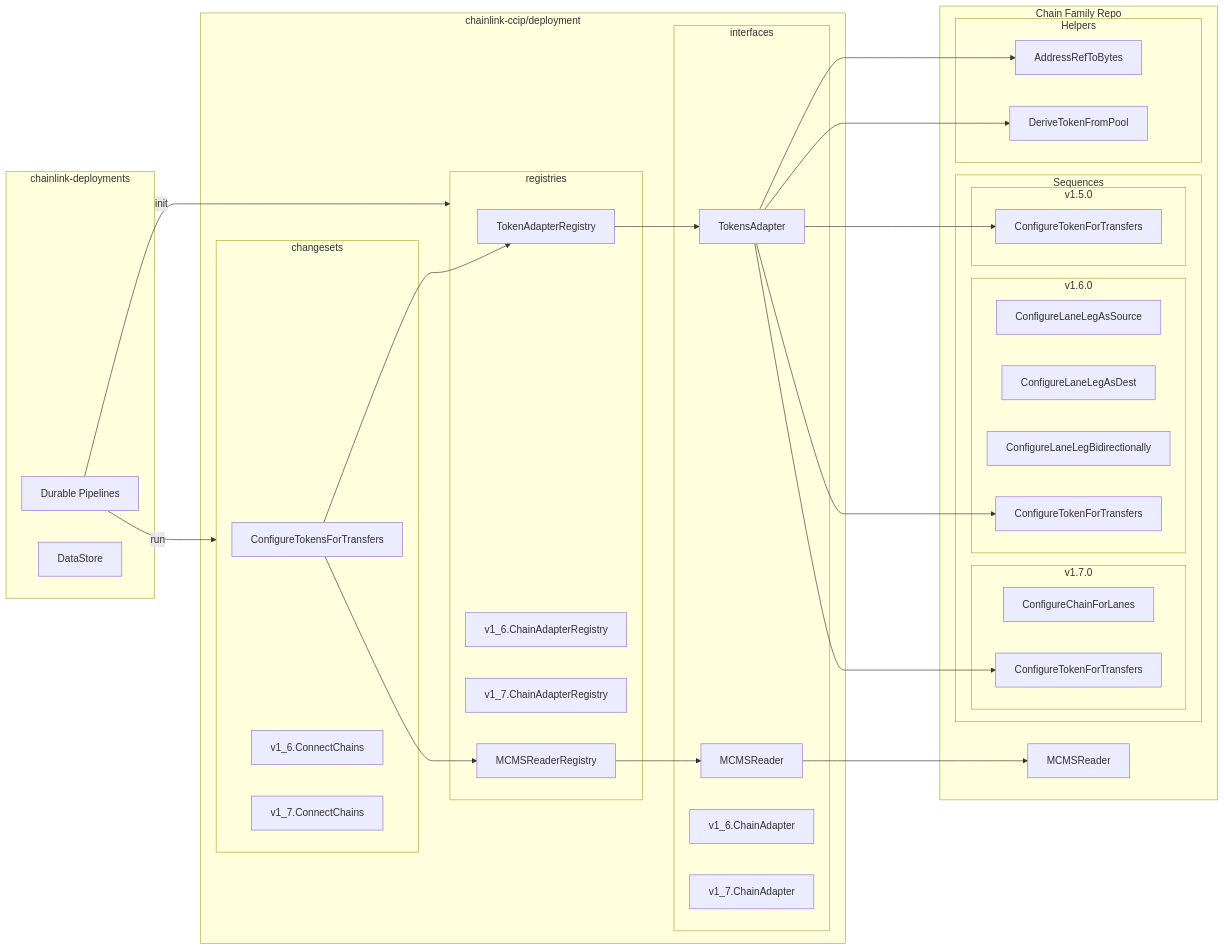
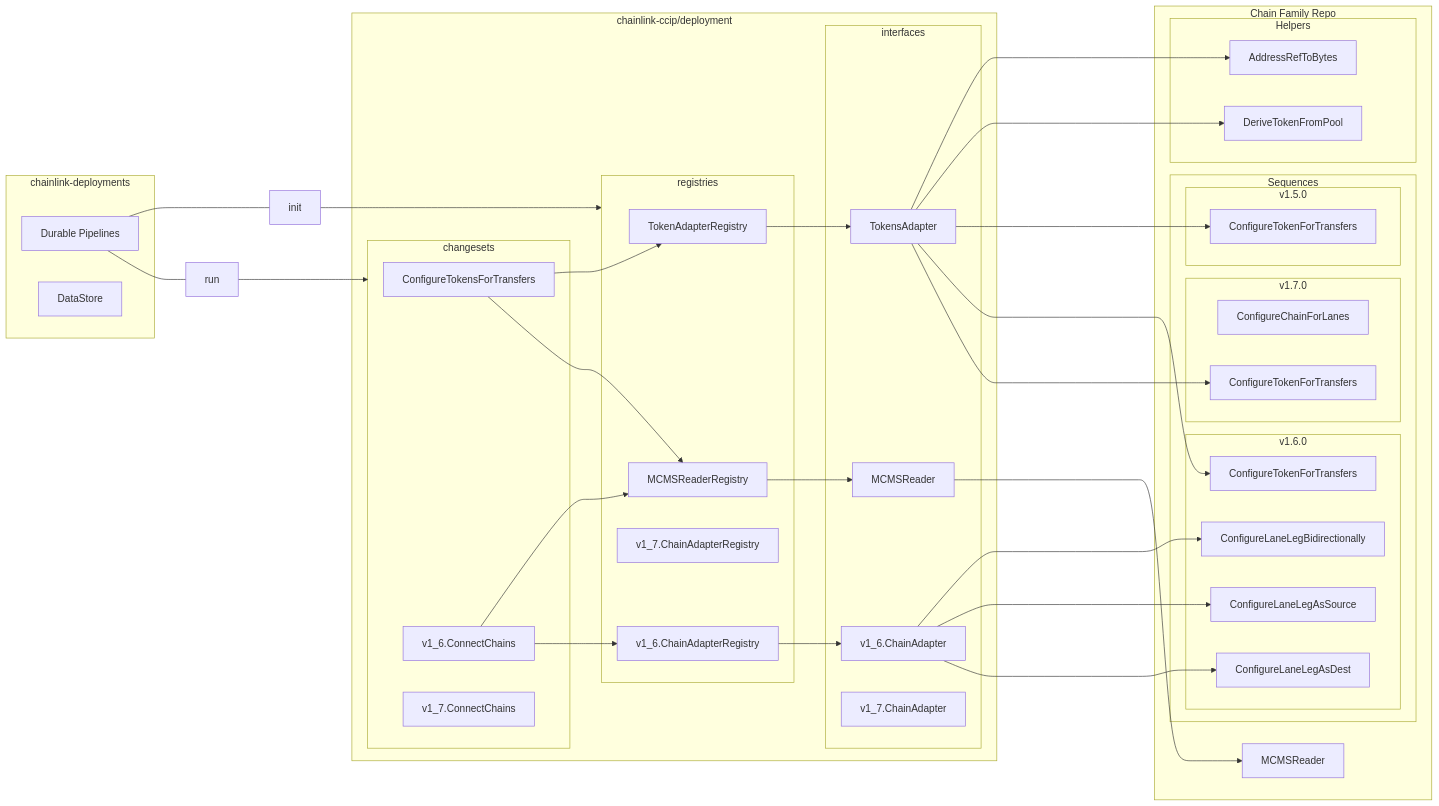
Before and after one commit to smartcontractkit/chainlink-ccip: the diagram in deployment/README.md, drawn with Mermaid. The commit also changed other lines of this file, not shown here.

Commit message:
Add more connections

````diff
--- a/deployment/README.md
+++ b/deployment/README.md
@@ -9,66 +9,72 @@
 ```mermaid
 flowchart LR
     subgraph chainlink-deployments
         dp[Durable Pipelines]
         ds[DataStore]
     end
 
     subgraph Chain Family Repo
         cfmr[MCMSReader]
         subgraph Sequences
             subgraph v1.6.0
                 clls1_6[ConfigureLaneLegAsSource]
                 clld1_6[ConfigureLaneLegAsDest]
                 cllb1_6[ConfigureLaneLegBidirectionally]
                 ctft1_6[ConfigureTokenForTransfers]
             end
             subgraph v1.7.0
                 clls1_7[ConfigureChainForLanes]
                 ctft1_7[ConfigureTokenForTransfers]
             end
             subgraph v1.5.0
                 ctft1_5[ConfigureTokenForTransfers]
             end
         end
         subgraph Helpers
             artb[AddressRefToBytes]
             dtfp[DeriveTokenFromPool]
         end
     end
 
     subgraph chainlink-ccip/deployment
         subgraph changesets
             ctft[ConfigureTokensForTransfers]
             cc1_6[v1_6.ConnectChains]
             cc1_7[v1_7.ConnectChains]
         end
         subgraph interfaces
             mr[MCMSReader]
             ta[TokensAdapter]
             ca1_6[v1_6.ChainAdapter]
             ca1_7[v1_7.ChainAdapter]
         end
         subgraph registries
             tar[TokenAdapterRegistry]
             car1_6[v1_6.ChainAdapterRegistry]
             car1_7[v1_7.ChainAdapterRegistry]
             mrr[MCMSReaderRegistry]
         end
     end
 
     ctft --> tar
     ctft --> mrr
 
     tar --> ta
     mrr --> mr
 
-    ta ----> artb
-    ta ----> dtfp
-    ta ----> ctft1_5
-    ta ----> ctft1_6
-    ta ----> ctft1_7
-    mr ----> cfmr
+    ta --> artb
+    ta --> dtfp
+    ta --> ctft1_5
+    ta --> ctft1_6
+    ta --> ctft1_7
+    mr ------> cfmr
 
-    dp --init--> registries
-    dp --run--> changesets
+    dp ---init---> registries
+    dp ---run---> changesets
+
+    cc1_6 --> mrr & car1_6
+    car1_6 --> ca1_6
+    ca1_6 ------> cllb1_6
+    ca1_6 ------> clls1_6
+    ca1_6 ------> clld1_6
 ```
````
